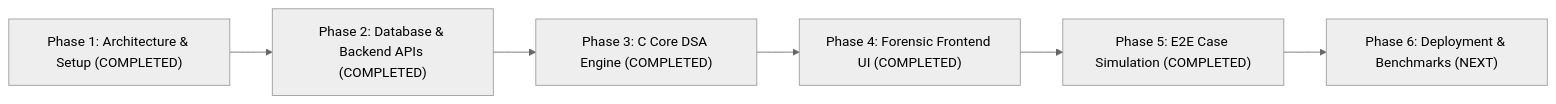
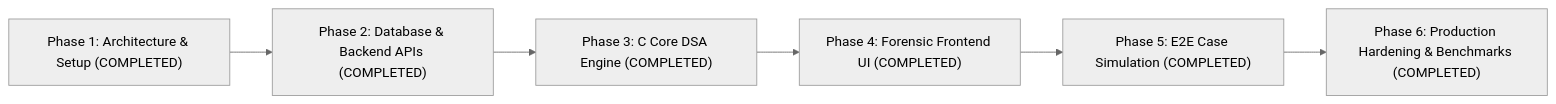
One commit to Saravana65/CaseThread changed the diagram in DEVELOPMENT_ROADMAP.md. Above: the diagram before and after it, drawn with Mermaid (neutral theme). The commit also changed other lines of this file and 12 other files, not shown here.

Commit message:
feat(phase6): production database safety, security hardening, and empirical C benchmarks

````diff
--- a/DEVELOPMENT_ROADMAP.md
+++ b/DEVELOPMENT_ROADMAP.md
@@ -9,8 +9,8 @@
 ```mermaid
 flowchart LR
     P1["Phase 1: Architecture & Setup (COMPLETED)"] --> P2["Phase 2: Database & Backend APIs (COMPLETED)"]
     P2 --> P3["Phase 3: C Core DSA Engine (COMPLETED)"]
     P3 --> P4["Phase 4: Forensic Frontend UI (COMPLETED)"]
     P4 --> P5["Phase 5: E2E Case Simulation (COMPLETED)"]
-    P5 --> P6["Phase 6: Deployment & Benchmarks (NEXT)"]
+    P5 --> P6["Phase 6: Production Hardening & Benchmarks (COMPLETED)"]
 ```
````
